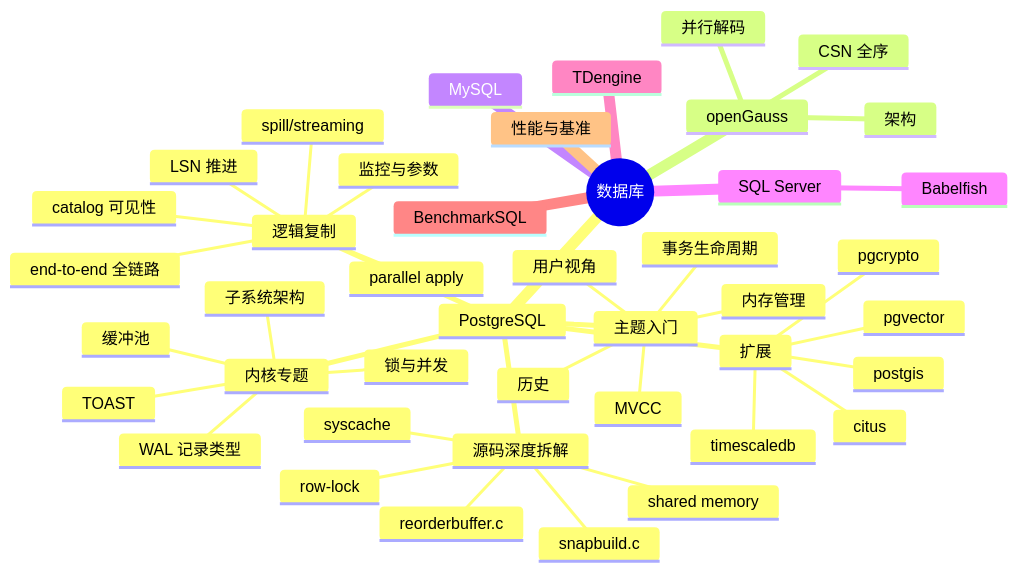
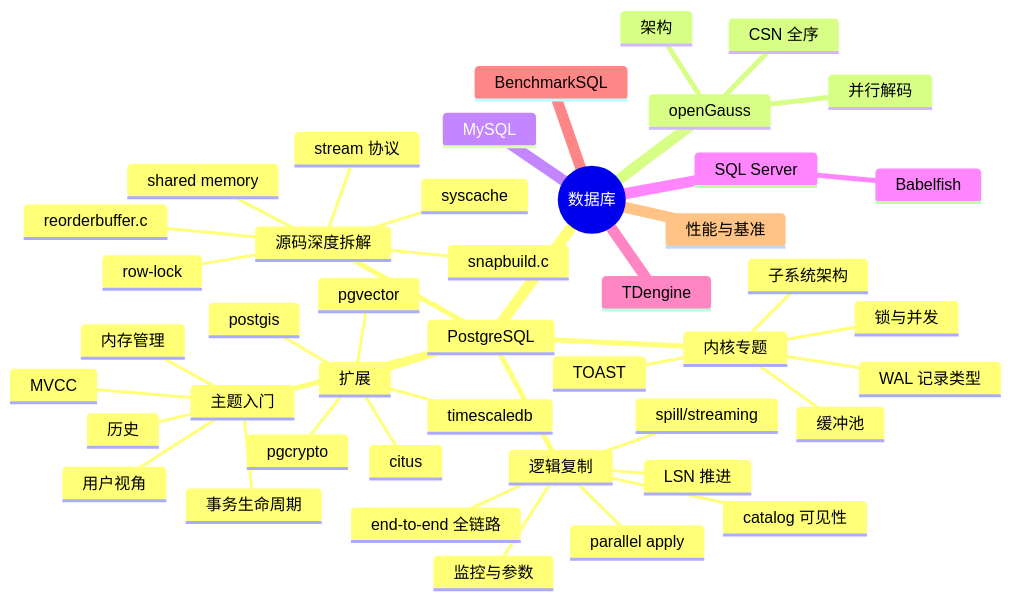
One commit to growdu/blog changed the diagram in docs/database/_index.md. Above: the diagram before and after it, drawn with Mermaid. The commit also changed other lines of this file and 1 other file, not shown here.

Commit message:
docs(db): 新增《PostgreSQL 逻辑复制 Stream 执行逻辑源码级拆解：从 reorderbuffer 触发到订阅端落盘回放》

````diff
--- a/docs/database/_index.md
+++ b/docs/database/_index.md
@@ -28,46 +28,47 @@
 ```mermaid
 mindmap
   root((数据库))
     PostgreSQL
       主题入门
         历史
         MVCC
         内存管理
         事务生命周期
         用户视角
       逻辑复制
         end-to-end 全链路
         LSN 推进
         spill/streaming
         catalog 可见性
         parallel apply
         监控与参数
       内核专题
         锁与并发
         缓冲池
         TOAST
         WAL 记录类型
         子系统架构
       源码深度拆解
         snapbuild.c
         reorderbuffer.c
+        stream 协议
         syscache
         row-lock
         shared memory
       扩展
         citus
         timescaledb
         postgis
         pgvector
         pgcrypto
     openGauss
       架构
       CSN 全序
       并行解码
     MySQL
     SQL Server
       Babelfish
     TDengine
     BenchmarkSQL
     性能与基准
 ```
````
